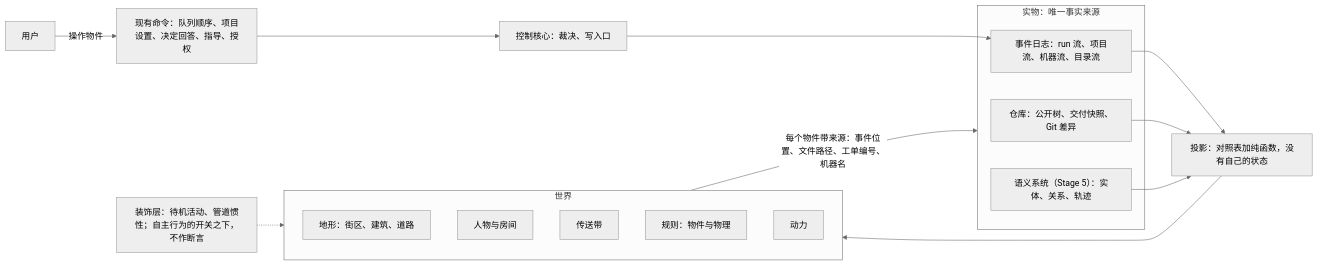
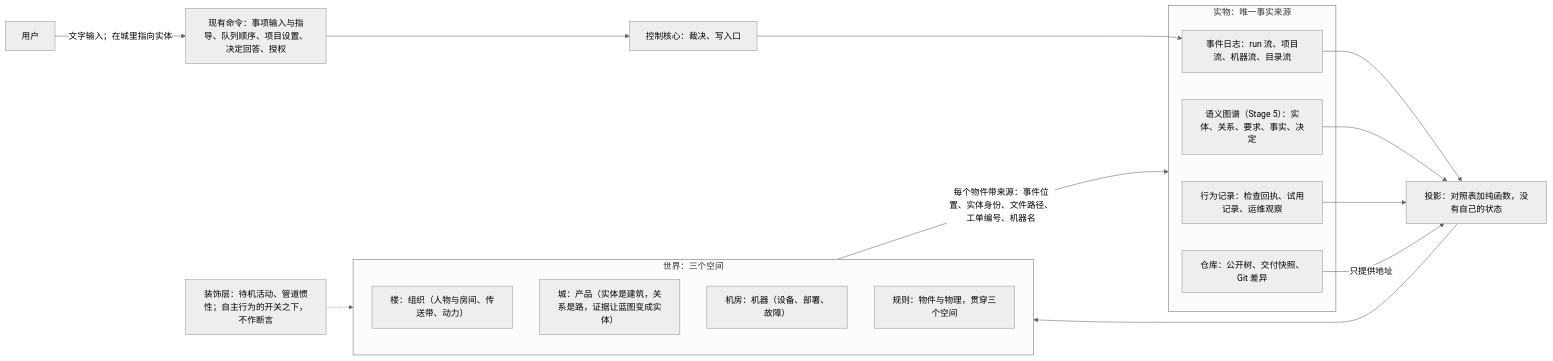
One commit to bender2333/yudao changed the first of 2 diagrams in docs/research/game-world-as-projection.md. Above: the diagram before and after it, drawn with Mermaid (neutral theme). The commit also changed other lines of this file and 3 other files, not shown here.

````diff
--- a/docs/research/game-world-as-projection.md
+++ b/docs/research/game-world-as-projection.md
@@ -118,25 +154,26 @@
 ```mermaid
 flowchart LR
     subgraph FACTS["实物：唯一事实来源"]
         EL["事件日志：run 流、项目流、机器流、目录流"]
+        SEM["语义图谱（Stage 5）：实体、关系、要求、事实、决定"]
+        BEH["行为记录：检查回执、试用记录、运维观察"]
         REPO["仓库：公开树、交付快照、Git 差异"]
-        SEM["语义系统（Stage 5）：实体、关系、轨迹"]
     end
     PROJ["投影：对照表加纯函数，没有自己的状态"]
     EL --> PROJ
-    REPO --> PROJ
     SEM --> PROJ
-    subgraph WORLD["世界"]
-        T["地形：街区、建筑、道路"]
-        R["人物与房间"]
-        B["传送带"]
-        RU["规则：物件与物理"]
-        P["动力"]
+    BEH --> PROJ
+    REPO -->|"只提供地址"| PROJ
+    subgraph WORLD["世界：三个空间"]
+        FLOOR["楼：组织（人物与房间、传送带、动力）"]
+        TOWN["城：产品（实体是建筑，关系是路，证据让蓝图变成实体）"]
+        MR["机房：机器（设备、部署、故障）"]
+        RU["规则：物件与物理，贯穿三个空间"]
     end
     PROJ --> WORLD
     DECO["装饰层：待机活动、管道惯性；自主行为的开关之下，不作断言"] -.-> WORLD
-    WORLD -->|"每个物件带来源：事件位置、文件路径、工单编号、机器名"| FACTS
-    USER["用户"] -->|"操作物件"| CMD["现有命令：队列顺序、项目设置、决定回答、指导、授权"]
+    WORLD -->|"每个物件带来源：事件位置、实体身份、文件路径、工单编号、机器名"| FACTS
+    USER["用户"] -->|"文字输入；在城里指向实体"| CMD["现有命令：事项输入与指导、队列顺序、项目设置、决定回答、授权"]
     CMD --> CC["控制核心：裁决、写入口"]
     CC --> EL
 ```
````
